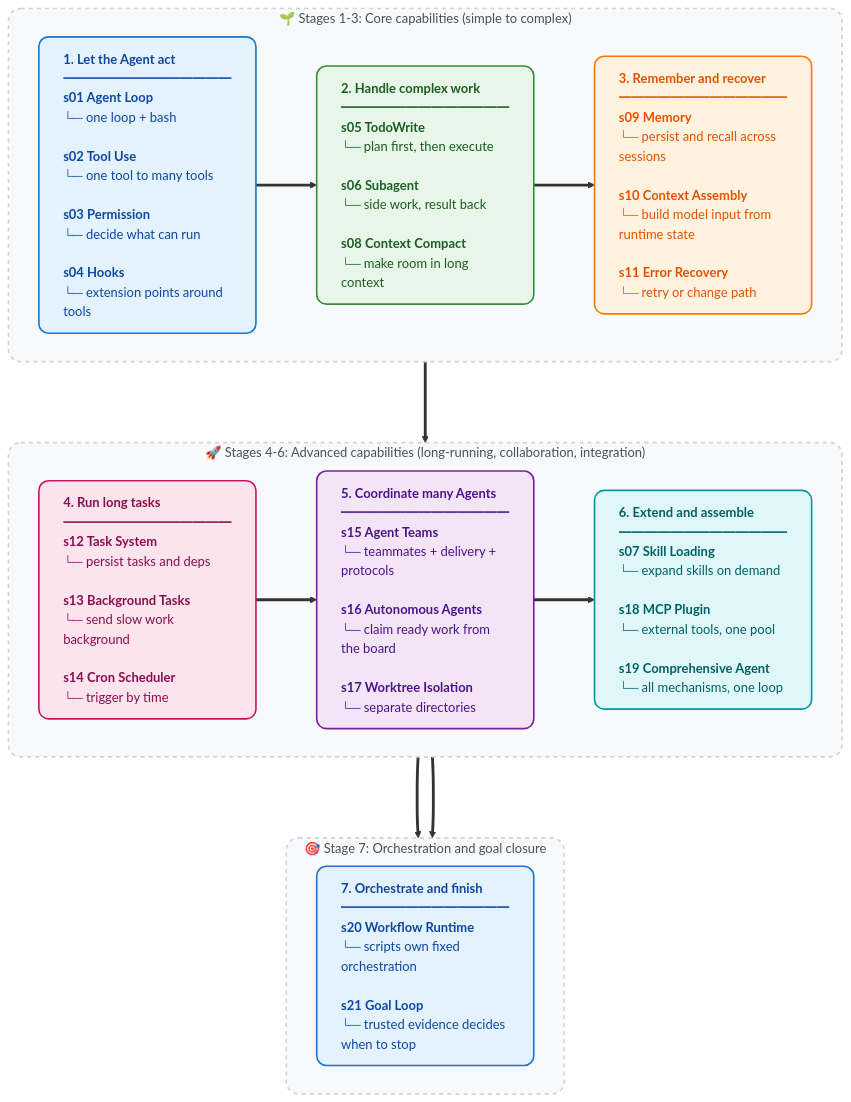
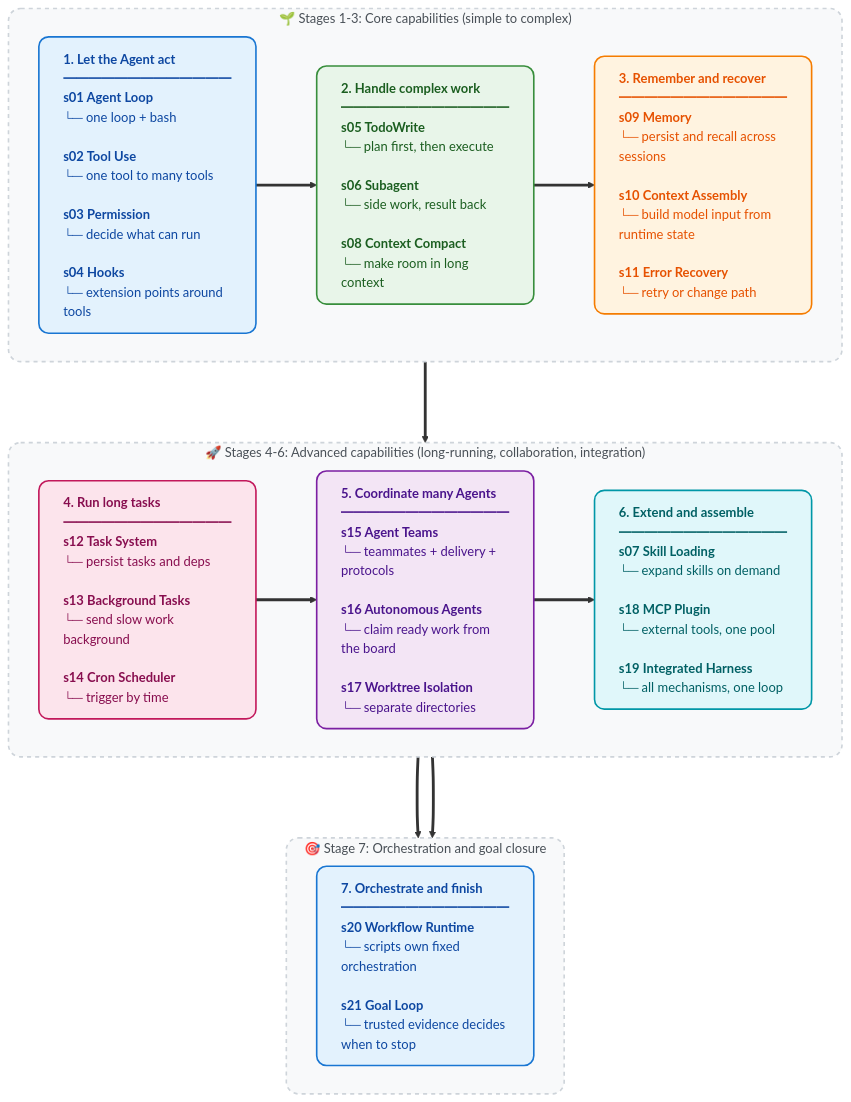
Before and after one commit to snake-fan/learn-claude-code: the diagram in README.md, drawn with Mermaid. The commit also changed other lines of this file and 27 other files, not shown here.

Commit message:
docs: rename s19 to integrated harness

````diff
--- a/README.md
+++ b/README.md
@@ -255,49 +255,49 @@
 ```mermaid
 flowchart TD
     %% Card styles
     classDef stage1 fill:#E3F2FD,stroke:#1976D2,stroke-width:2px,color:#0D47A1,rx:12,ry:12,text-align:left
     classDef stage2 fill:#E8F5E9,stroke:#388E3C,stroke-width:2px,color:#1B5E20,rx:12,ry:12,text-align:left
     classDef stage3 fill:#FFF3E0,stroke:#F57C00,stroke-width:2px,color:#E65100,rx:12,ry:12,text-align:left
     classDef stage4 fill:#FCE4EC,stroke:#C2185b,stroke-width:2px,color:#880E4F,rx:12,ry:12,text-align:left
     classDef stage5 fill:#F3E5F5,stroke:#7B1FA2,stroke-width:2px,color:#4A148C,rx:12,ry:12,text-align:left
     classDef stage6 fill:#E0F7FA,stroke:#0097A7,stroke-width:2px,color:#006064,rx:12,ry:12,text-align:left
 
     %% Group style
     classDef groupBox fill:#F8F9FA,stroke:#CED4DA,stroke-width:2px,stroke-dasharray: 5 5,rx:15,ry:15,color:#495057
 
     %% Layer 1: stages 1-3
     subgraph Phase1 ["🌱 Stages 1-3: Core capabilities (simple to complex)"]
         direction LR
         S1["<b>1. Let the Agent act</b><br/>━━━━━━━━━━━━━<br/><b>s01 Agent Loop</b><br/>└─ one loop + bash<br/><br/><b>s02 Tool Use</b><br/>└─ one tool to many tools<br/><br/><b>s03 Permission</b><br/>└─ decide what can run<br/><br/><b>s04 Hooks</b><br/>└─ extension points around tools"]:::stage1
 
         S2["<b>2. Handle complex work</b><br/>━━━━━━━━━━━━━<br/><b>s05 TodoWrite</b><br/>└─ plan first, then execute<br/><br/><b>s06 Subagent</b><br/>└─ side work, result back<br/><br/><b>s08 Context Compact</b><br/>└─ make room in long context"]:::stage2
 
         S3["<b>3. Remember and recover</b><br/>━━━━━━━━━━━━━<br/><b>s09 Memory</b><br/>└─ persist and recall across sessions<br/><br/><b>s10 Context Assembly</b><br/>└─ build model input from runtime state<br/><br/><b>s11 Error Recovery</b><br/>└─ retry or change path"]:::stage3
 
         S1 ==> S2 ==> S3
     end
 
     %% Layer 2: stages 4-6
     subgraph Phase2 ["🚀 Stages 4-6: Advanced capabilities (long-running, collaboration, integration)"]
         direction LR
         S4["<b>4. Run long tasks</b><br/>━━━━━━━━━━━━━<br/><b>s12 Task System</b><br/>└─ persist tasks and deps<br/><br/><b>s13 Background Tasks</b><br/>└─ send slow work background<br/><br/><b>s14 Cron Scheduler</b><br/>└─ trigger by time"]:::stage4
 
         S5["<b>5. Coordinate many Agents</b><br/>━━━━━━━━━━━━━<br/><b>s15 Agent Teams</b><br/>└─ teammates + delivery + protocols<br/><br/><b>s16 Autonomous Agents</b><br/>└─ claim ready work from the board<br/><br/><b>s17 Worktree Isolation</b><br/>└─ separate directories"]:::stage5
 
-        S6["<b>6. Extend and assemble</b><br/>━━━━━━━━━━━━━<br/><b>s07 Skill Loading</b><br/>└─ expand skills on demand<br/><br/><b>s18 MCP Plugin</b><br/>└─ external tools, one pool<br/><br/><b>s19 Comprehensive Agent</b><br/>└─ all mechanisms, one loop"]:::stage6
+        S6["<b>6. Extend and assemble</b><br/>━━━━━━━━━━━━━<br/><b>s07 Skill Loading</b><br/>└─ expand skills on demand<br/><br/><b>s18 MCP Plugin</b><br/>└─ external tools, one pool<br/><br/><b>s19 Integrated Harness</b><br/>└─ all mechanisms, one loop"]:::stage6
 
         S4 ==> S5 ==> S6
     end
 
     %% Layer 3: orchestration and goal closure
     subgraph Phase3 ["🎯 Stage 7: Orchestration and goal closure"]
         direction LR
         S7["<b>7. Orchestrate and finish</b><br/>━━━━━━━━━━━━━<br/><b>s20 Workflow Runtime</b><br/>└─ scripts own fixed orchestration<br/><br/><b>s21 Goal Loop</b><br/>└─ trusted evidence decides when to stop"]:::stage1
         S6 ==> S7
     end
 
     %% Connect the three layers
     Phase1 ===> Phase2 ===> Phase3
 
     class Phase1,Phase2,Phase3 groupBox
 ```
````
